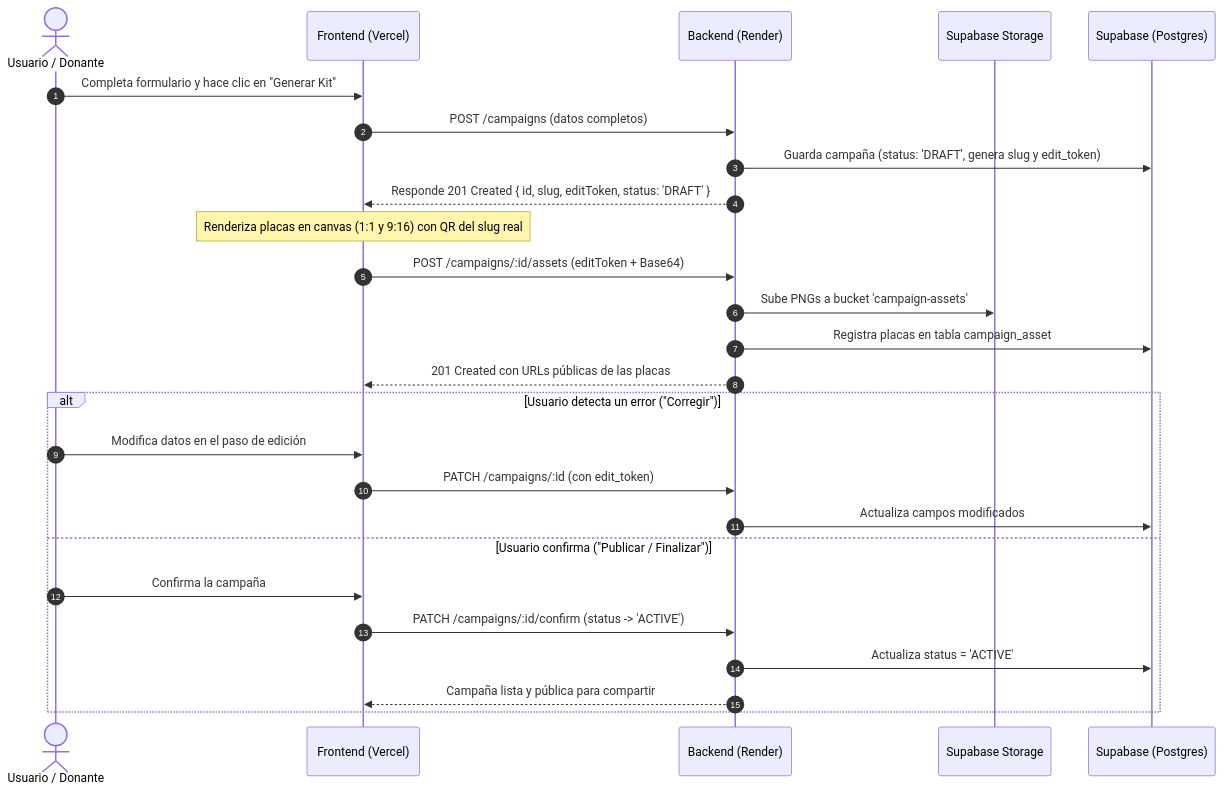
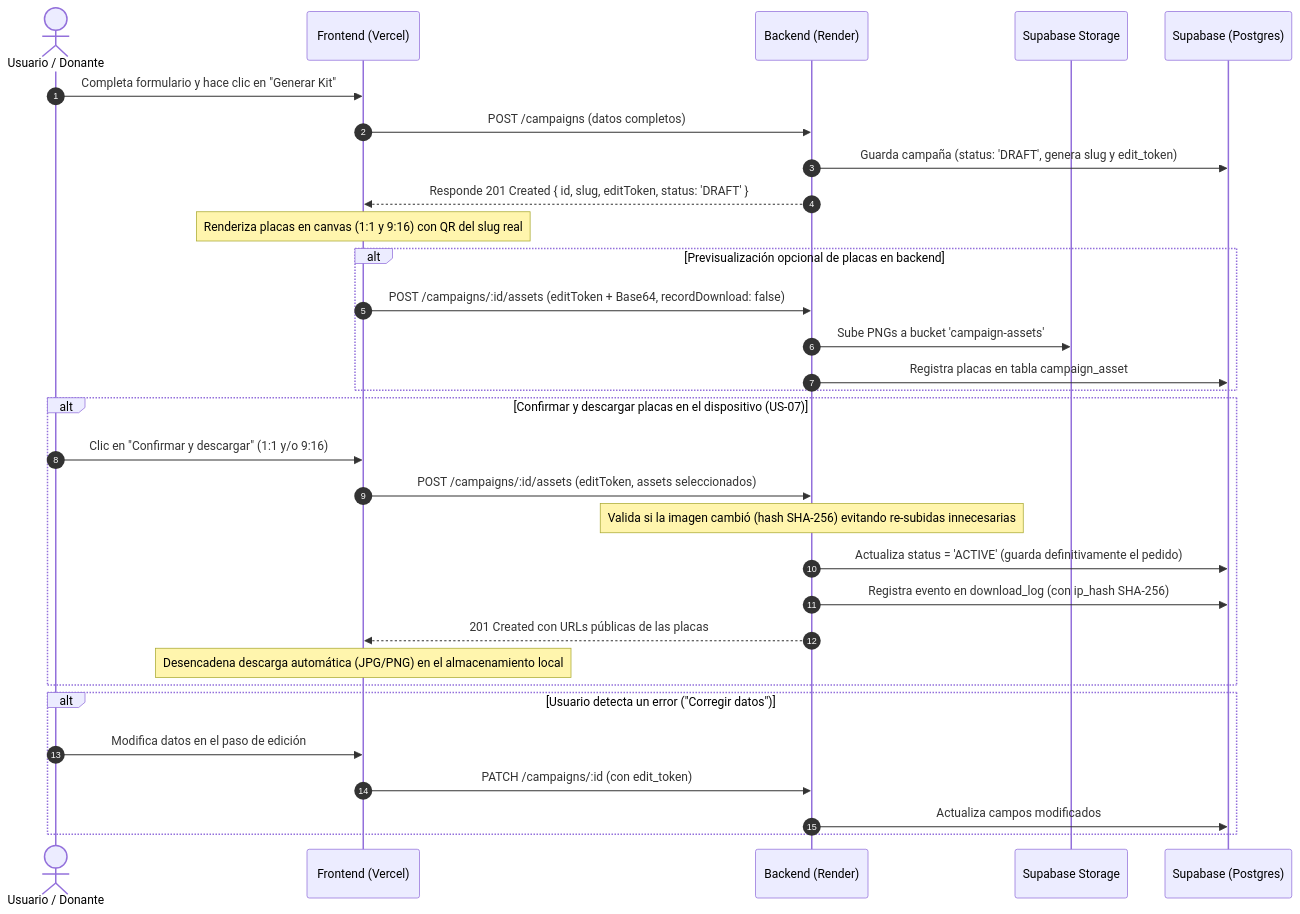
One commit to DonaKit/donakit-backend changed the first of 2 diagrams in API_DOCUMENTATION.md. Above: the diagram before and after it, drawn with Mermaid. The commit also changed other lines of this file and 19 other files, not shown here.

Commit message:
Armado de endpoint para confirmar el draft del kit, guardar assets y registrar descargas

````diff
--- a/API_DOCUMENTATION.md
+++ b/API_DOCUMENTATION.md
@@ -29,30 +29,37 @@
 ```mermaid
 sequenceDiagram
     autonumber
     actor Donante as Usuario / Donante
     participant Front as Frontend (Vercel)
     participant Back as Backend (Render)
     participant Storage as Supabase Storage
     participant DB as Supabase (Postgres)
 
     Donante->>Front: Completa formulario y hace clic en "Generar Kit"
     Front->>Back: POST /campaigns (datos completos)
     Back->>DB: Guarda campaña (status: 'DRAFT', genera slug y edit_token)
     Back-->>Front: Responde 201 Created { id, slug, editToken, status: 'DRAFT' }
     Note over Front: Renderiza placas en canvas (1:1 y 9:16) con QR del slug real
-    Front->>Back: POST /campaigns/:id/assets (editToken + Base64)
-    Back->>Storage: Sube PNGs a bucket 'campaign-assets'
-    Back->>DB: Registra placas en tabla campaign_asset
-    Back-->>Front: 201 Created con URLs públicas de las placas
     
-    alt Usuario detecta un error ("Corregir")
+    alt Previsualización opcional de placas en backend
+        Front->>Back: POST /campaigns/:id/assets (editToken + Base64, recordDownload: false)
+        Back->>Storage: Sube PNGs a bucket 'campaign-assets'
+        Back->>DB: Registra placas en tabla campaign_asset
+    end
+
+    alt Confirmar y descargar placas en el dispositivo (US-07)
+        Donante->>Front: Clic en "Confirmar y descargar" (1:1 y/o 9:16)
+        Front->>Back: POST /campaigns/:id/assets (editToken, assets seleccionados)
+        Note over Back: Valida si la imagen cambió (hash SHA-256) evitando re-subidas innecesarias
+        Back->>DB: Actualiza status = 'ACTIVE' (guarda definitivamente el pedido)
+        Back->>DB: Registra evento en download_log (con ip_hash SHA-256)
+        Back-->>Front: 201 Created con URLs públicas de las placas
+        Note over Front: Desencadena descarga automática (JPG/PNG) en el almacenamiento local
+    end
+
+    alt Usuario detecta un error ("Corregir datos")
         Donante->>Front: Modifica datos en el paso de edición
         Front->>Back: PATCH /campaigns/:id (con edit_token)
         Back->>DB: Actualiza campos modificados
-    else Usuario confirma ("Publicar / Finalizar")
-        Donante->>Front: Confirma la campaña
-        Front->>Back: PATCH /campaigns/:id/confirm (status -> 'ACTIVE')
-        Back->>DB: Actualiza status = 'ACTIVE'
-        Back-->>Front: Campaña lista y pública para compartir
     end
 ```
````
